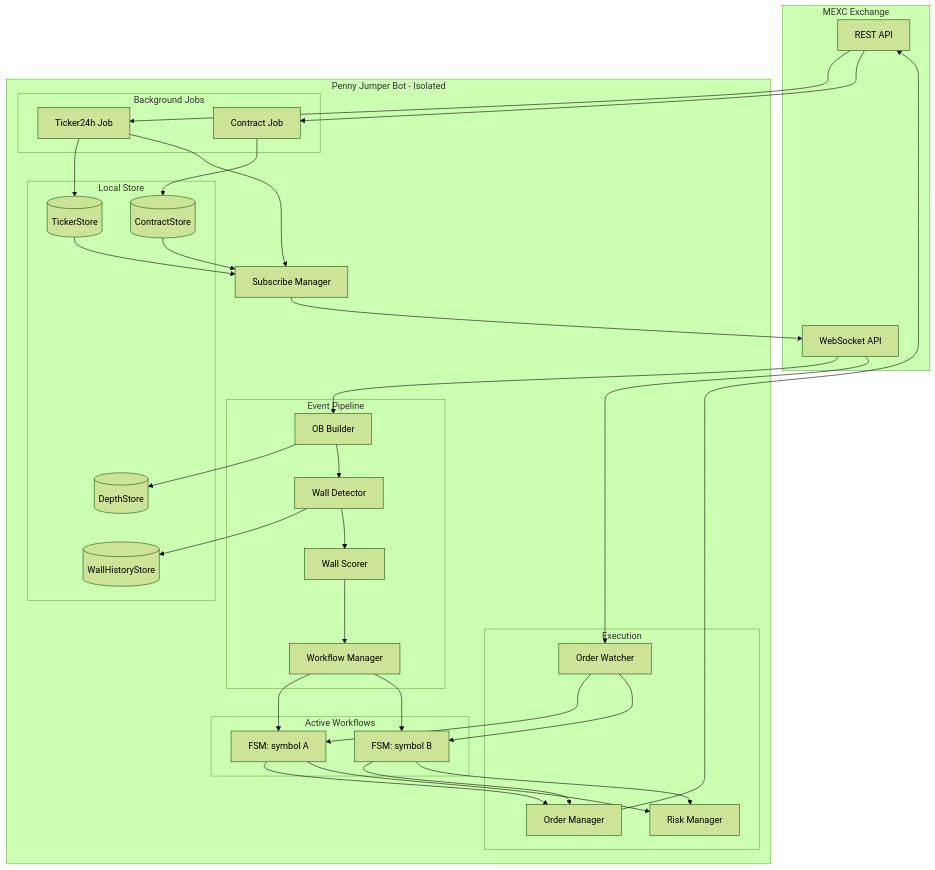
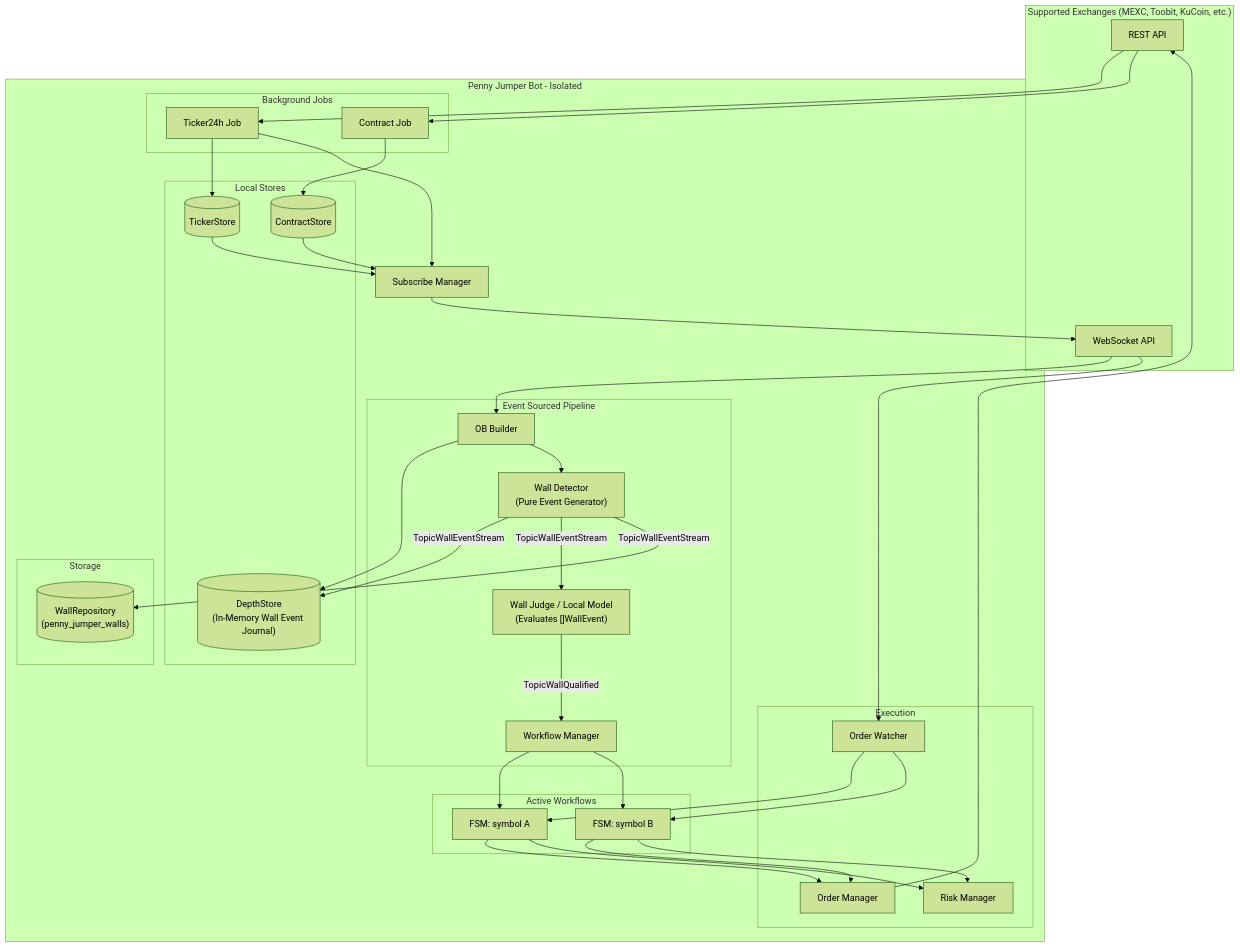
One commit to dangnmh/crypto-bot changed the first of 2 diagrams in docs/business/penny_jumper/architecture.md. Above: the diagram before and after it, drawn with Mermaid (forest theme). The commit also changed other lines of this file and 29 other files, not shown here.

````diff
--- a/docs/business/penny_jumper/architecture.md
+++ b/docs/business/penny_jumper/architecture.md
@@ -20,66 +21,70 @@
 ```mermaid
 flowchart TD
-    subgraph Exchange["MEXC Exchange"]
+    subgraph Exchanges["Supported Exchanges (MEXC, Toobit, KuCoin, etc.)"]
         REST["REST API"]
         WS["WebSocket API"]
     end
 
     subgraph Bot["Penny Jumper Bot - Isolated"]
         subgraph Jobs["Background Jobs"]
             TICKER["Ticker24h Job"]
             CONTRACT["Contract Job"]
         end
 
-        subgraph Store["Local Store"]
+        subgraph Store["Local Stores"]
             TS[("TickerStore")]
             CS[("ContractStore")]
-            DS[("DepthStore")]
-            WH[("WallHistoryStore")]
+            DS[("DepthStore\n(In-Memory Wall Event Journal)")]
         end
 
         SUB["Subscribe Manager"]
 
-        subgraph Pipeline["Event Pipeline"]
+        subgraph Pipeline["Event Sourced Pipeline"]
             OB["OB Builder"]
-            DET["Wall Detector"]
-            SCORE["Wall Scorer"]
+            DET["Wall Detector\n(Pure Event Generator)"]
+            JUDGE["Wall Judge / Local Model\n(Evaluates []WallEvent)"]
             WM["Workflow Manager"]
         end
 
         subgraph Runtime["Active Workflows"]
             FSM1["FSM: symbol A"]
             FSM2["FSM: symbol B"]
         end
 
         subgraph Exec["Execution"]
             OM["Order Manager"]
             RM["Risk Manager"]
             OW["Order Watcher"]
+        end
+
+        subgraph Persistence["Storage"]
+            REPO[("WallRepository\n(penny_jumper_walls)")]
         end
     end
 
     REST --> TICKER
     REST --> CONTRACT
     TICKER --> TS
     CONTRACT --> CS
     TICKER --> SUB
     TS --> SUB
     CS --> SUB
     SUB --> WS
     WS --> OB
     OB --> DS
     OB --> DET
-    DET --> WH
-    DET --> SCORE
-    SCORE --> WM
+    DET -->|"TopicWallEventStream"| DS
+    DET -->|"TopicWallEventStream"| JUDGE
+    DET -->|"TopicWallEventStream"| REPO
+    JUDGE -->|"TopicWallQualified"| WM
     WM --> FSM1
     WM --> FSM2
     FSM1 --> OM
     FSM2 --> OM
     OM --> REST
     OW --> FSM1
     OW --> FSM2
     WS --> OW
     FSM1 --> RM
     FSM2 --> RM
 ```
````
